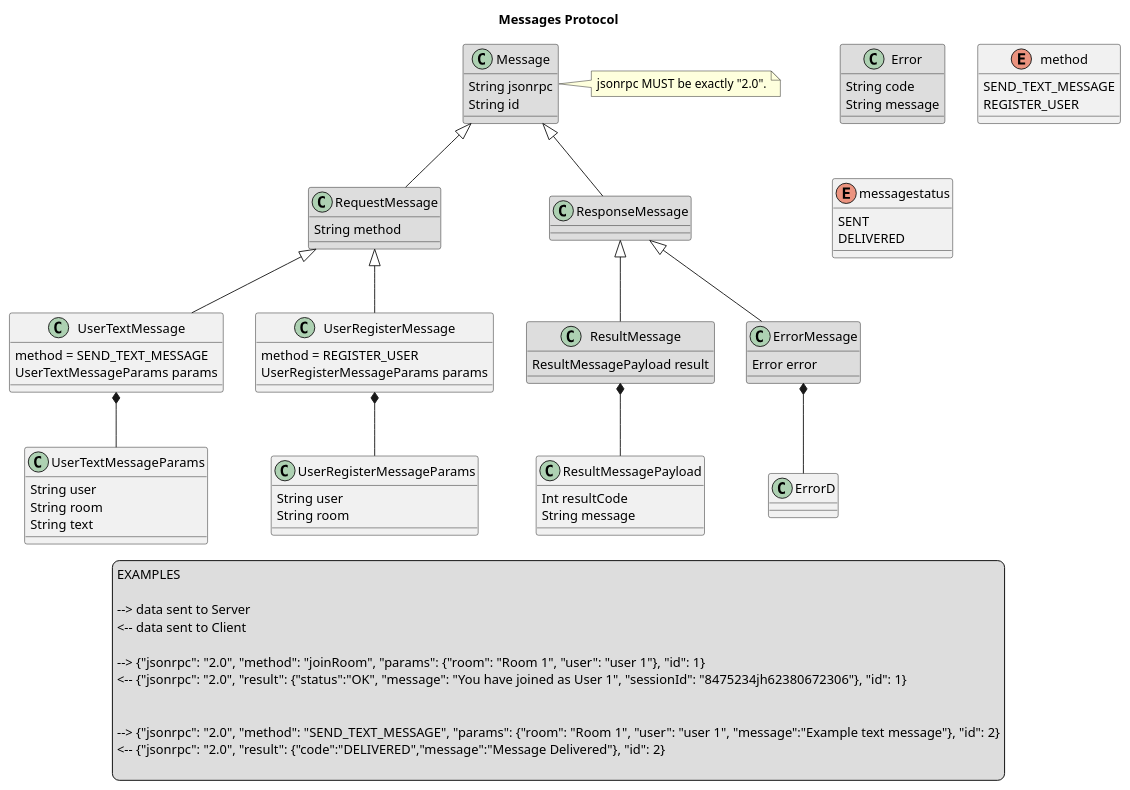
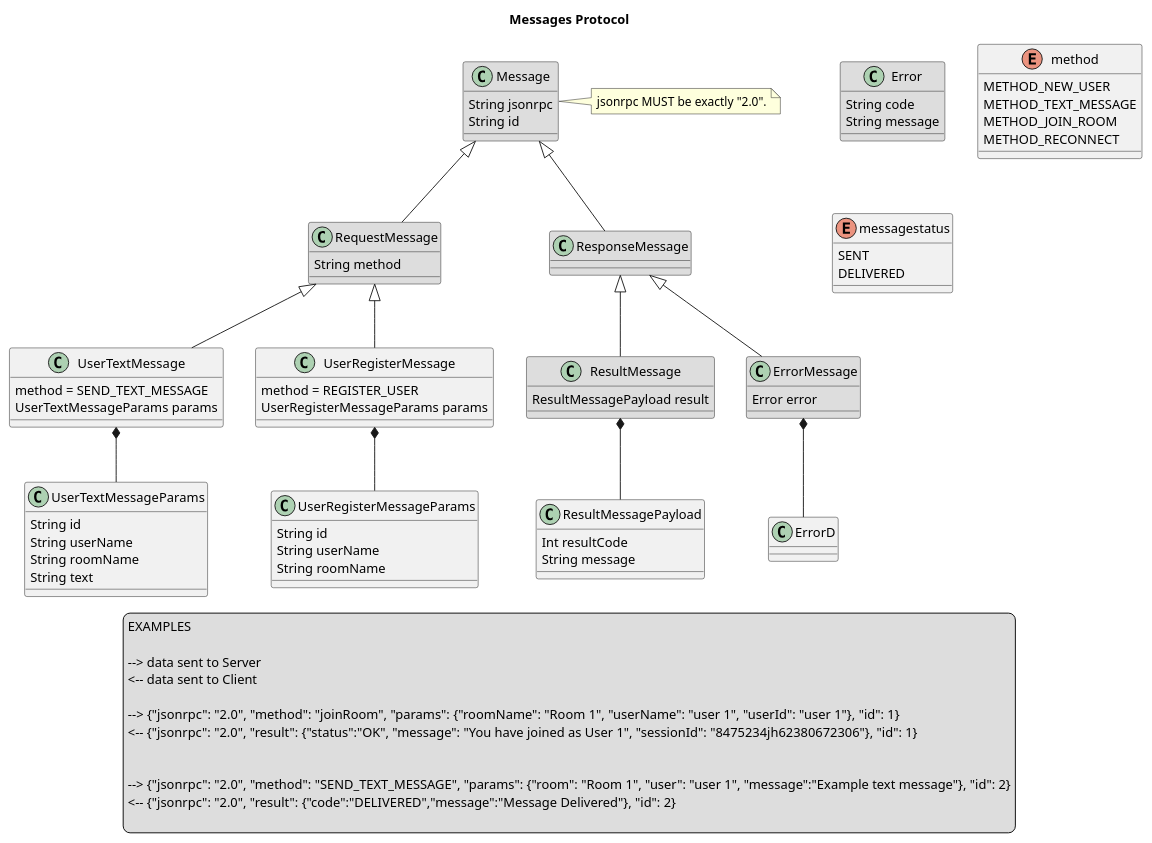
The diagram in Documents/uml/messages.puml (MasterCloudApps-Projects/ElasticFaultTolerant-GroupChat), drawn with PlantUML before and after one commit.

Commit message:
Update uml information

```diff
--- a/Documents/uml/messages.puml
+++ b/Documents/uml/messages.puml
@@ -1,105 +1,107 @@
 @startuml
 
 title Messages Protocol
-
 
 class Message #DDDDDD {
   String jsonrpc   
   String id
 
 }
 note right
     jsonrpc MUST be exactly "2.0".
     end note
 
 class RequestMessage #DDDDDD{
     String method
 }
 
-
 class UserTextMessage{
     method = SEND_TEXT_MESSAGE
     UserTextMessageParams params
 }
 
 class UserTextMessageParams{
-    String user
-    String room
+    String id
+    String userName
+    String roomName
     String text
 }
 
 class UserRegisterMessage{
     method = REGISTER_USER
     UserRegisterMessageParams params
 }
 
 class UserRegisterMessageParams{
-    String user
-    String room
+    String id
+    String userName
+    String roomName
 }
 
 class ResponseMessage #DDDDDD{
 }
 
 class ResultMessage #DDDDDD{
     ResultMessagePayload result
 }
 
 class ResultMessagePayload{
     Int resultCode
     String message
 }
 
 class ErrorMessage #DDDDDD{
     Error error
 }
 
 class Error #DDDDDD{
     String code
     String message
 
 }
 
 enum method{
-    SEND_TEXT_MESSAGE
-    REGISTER_USER
+  METHOD_NEW_USER
+  METHOD_TEXT_MESSAGE
+  METHOD_JOIN_ROOM
+  METHOD_RECONNECT
 }
 
 enum messagestatus{
     SENT
     DELIVERED
 }
 
 
 Message <|-down- RequestMessage
 Message <|-down- ResponseMessage
 ResponseMessage <|-down- ErrorMessage
 ResponseMessage <|-down- ResultMessage
 
 RequestMessage <|-down- UserRegisterMessage
 RequestMessage <|-down- UserTextMessage
 
-ErrorMessage *-down-  ErrorD
-UserTextMessage *-down-  UserTextMessageParams
-UserRegisterMessage *-down-  UserRegisterMessageParams
+ErrorMessage *-down- ErrorD
+UserTextMessage *-down- UserTextMessageParams
+UserRegisterMessage *-down- UserRegisterMessageParams
 
 ResultMessage *-down- ResultMessagePayload
 
 
 legend
 EXAMPLES
 
 --> data sent to Server
 <-- data sent to Client
 
---> {"jsonrpc": "2.0", "method": "joinRoom", "params": {"room": "Room 1", "user": "user 1"}, "id": 1}
+--> {"jsonrpc": "2.0", "method": "joinRoom", "params": {"roomName": "Room 1", "userName": "user 1", "userId": "user 1"}, "id": 1}
 <-- {"jsonrpc": "2.0", "result": {"status":"OK", "message": "You have joined as User 1", "sessionId": "8475234jh62380672306"}, "id": 1}
 
 
 --> {"jsonrpc": "2.0", "method": "SEND_TEXT_MESSAGE", "params": {"room": "Room 1", "user": "user 1", "message":"Example text message"}, "id": 2}
 <-- {"jsonrpc": "2.0", "result": {"code":"DELIVERED","message":"Message Delivered"}, "id": 2}
 
 end legend
 
 
 @enduml
```
